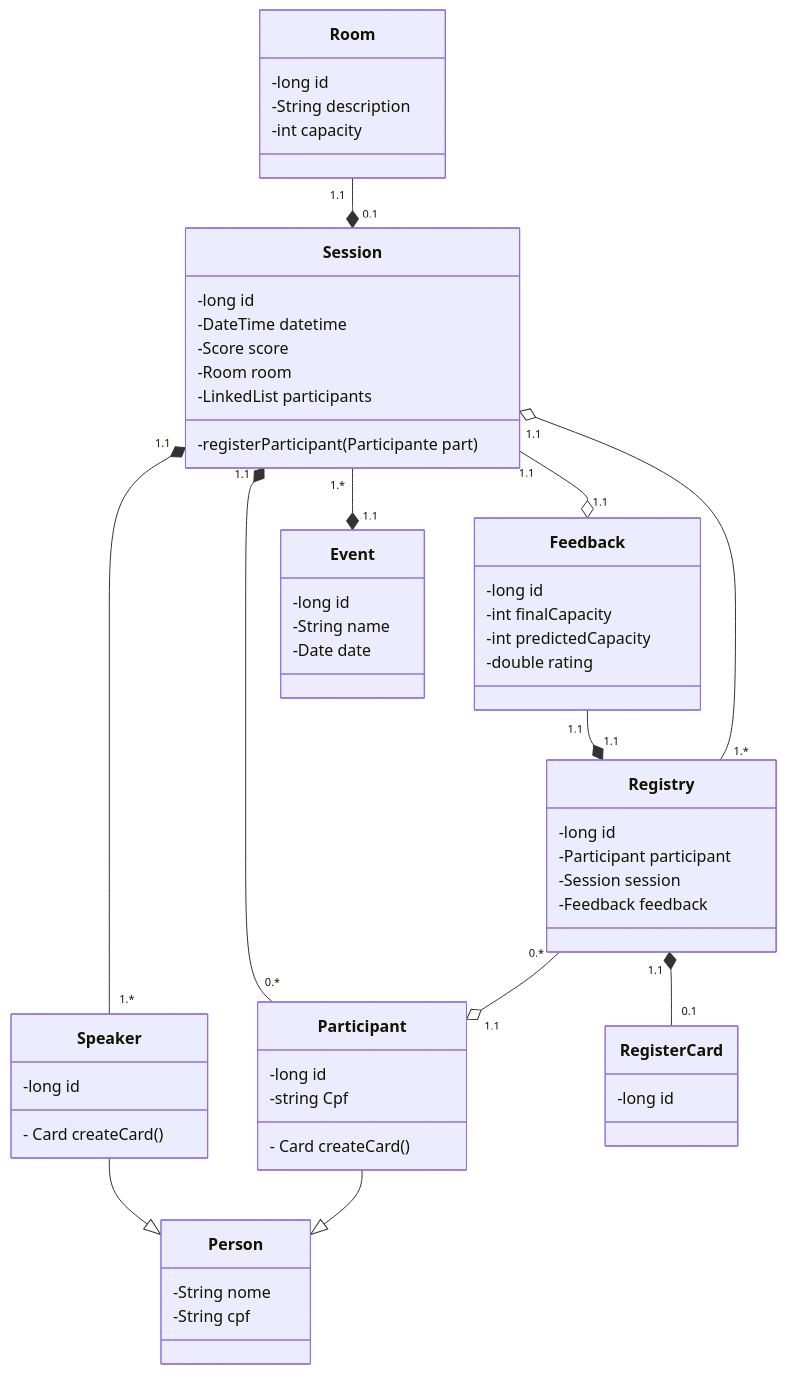
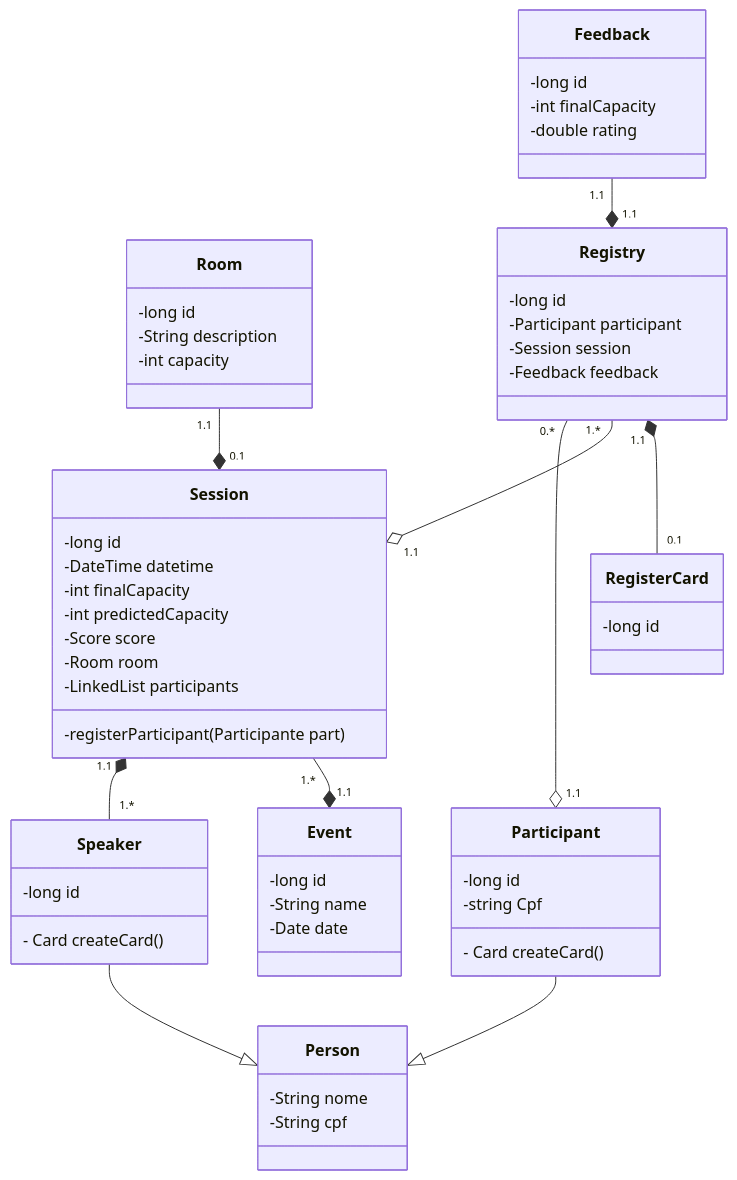
The diagram in docs/ClassDiagram.mmd (Felipe-Victorino/event-manager-java), drawn with Mermaid before and after one commit.

Commit message:
docs(ClassDiagram.mmd): diagram sported unecessary connections, which sadly moved into the model classes, refactoring at work

```diff
--- a/docs/ClassDiagram.mmd
+++ b/docs/ClassDiagram.mmd
@@ -1,72 +1,72 @@
 classDiagram
 
 class Room{
     -long id
     -String description
     -int capacity
 }
 
 class Session{
     -long id
     -DateTime datetime
+    -int finalCapacity
+    -int predictedCapacity
     -Score score
     -Room room
     -LinkedList participants
 
     -registerParticipant(Participante part)
 }
 
 class RegisterCard{
     -long id
 }
 class Person{
 
     -String nome
     -String cpf
 }
 class Participant{
     -long id
     -string Cpf
     - Card createCard()
 }
 
 class Speaker{
     -long id
     - Card createCard()
 }
 
 class Registry{
     -long id
     -Participant participant
     -Session session
     -Feedback feedback
 }
 
 class Event{
     -long id
     -String name
     -Date date
 }
 
 class Feedback{
     -long id
     -int finalCapacity
-    -int predictedCapacity
     -double rating
 }
 
 %% Heranças
 
 Speaker --|> Person
 Participant --|> Person
 
 Registry "0.*" --o "1.1" Participant
 Registry "1.*" --o "1.1" Session
 Registry "1.1" *-- "0.1" RegisterCard
 
 Session "1.1" *-- "1.*" Speaker
-Session "1.1" *-- "0.*" Participant
 Room "1.1" --* "0.1" Session
 Session "1.*" --* "1.1" Event
-Session "1.1" --o "1.1" Feedback
+
 Feedback "1.1" --* "1.1" Registry
```
